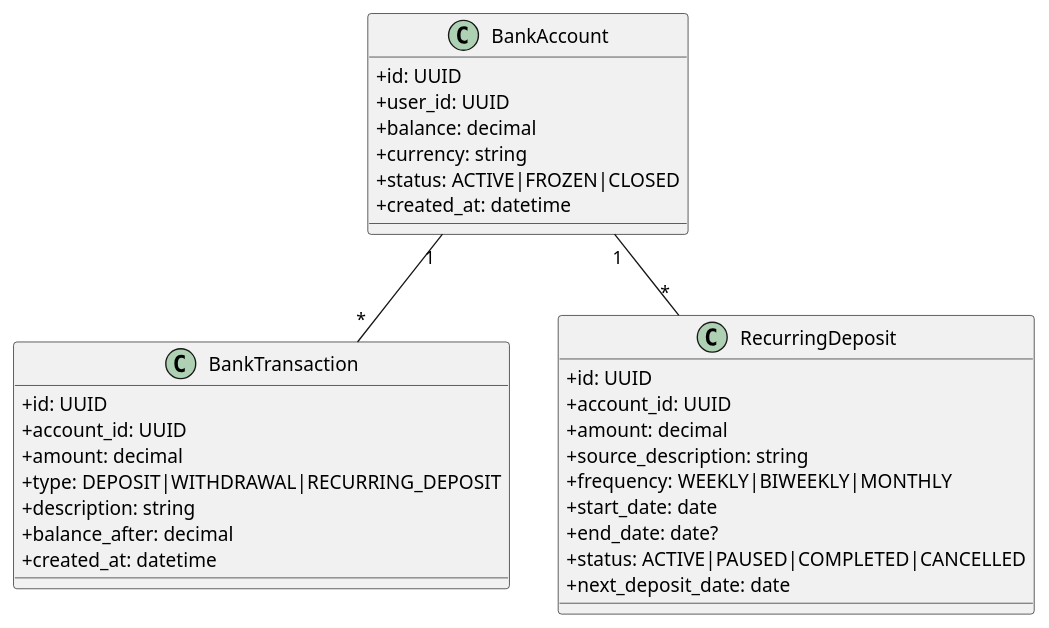
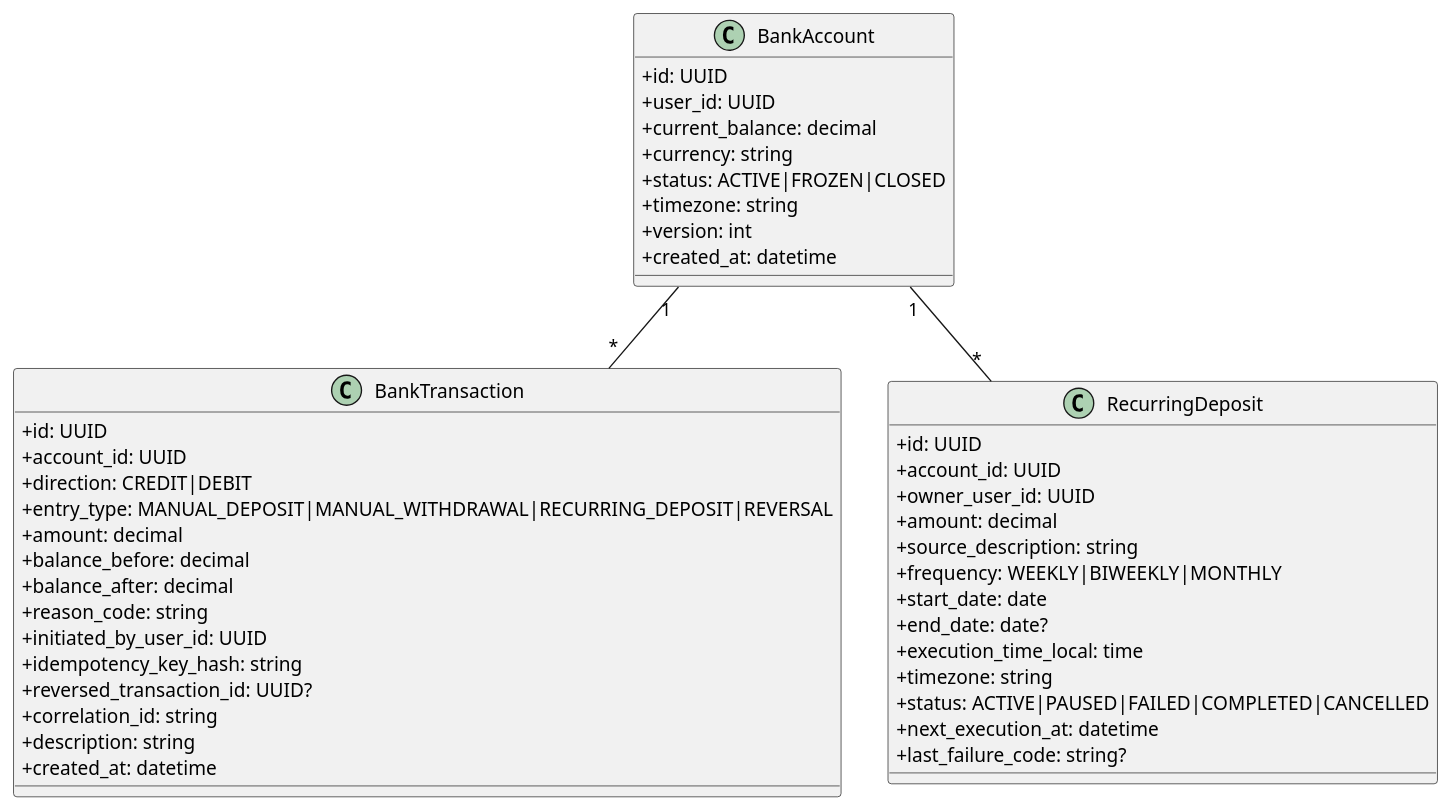
The diagram in docs/detailed-designs/diagrams/plantuml/class_bank_account.puml (QuinntyneBrown/LendQ), drawn with PlantUML before and after one commit. The commit also changed 16 other files, not shown here.

```diff
--- a/docs/detailed-designs/diagrams/plantuml/class_bank_account.puml
+++ b/docs/detailed-designs/diagrams/plantuml/class_bank_account.puml
@@ -1,33 +1,46 @@
 @startuml
 skinparam classAttributeIconSize 0
 class BankAccount {
   +id: UUID
   +user_id: UUID
-  +balance: decimal
+  +current_balance: decimal
   +currency: string
   +status: ACTIVE|FROZEN|CLOSED
+  +timezone: string
+  +version: int
   +created_at: datetime
 }
 class BankTransaction {
   +id: UUID
   +account_id: UUID
+  +direction: CREDIT|DEBIT
+  +entry_type: MANUAL_DEPOSIT|MANUAL_WITHDRAWAL|RECURRING_DEPOSIT|REVERSAL
   +amount: decimal
-  +type: DEPOSIT|WITHDRAWAL|RECURRING_DEPOSIT
+  +balance_before: decimal
+  +balance_after: decimal
+  +reason_code: string
+  +initiated_by_user_id: UUID
+  +idempotency_key_hash: string
+  +reversed_transaction_id: UUID?
+  +correlation_id: string
   +description: string
-  +balance_after: decimal
   +created_at: datetime
 }
 class RecurringDeposit {
   +id: UUID
   +account_id: UUID
+  +owner_user_id: UUID
   +amount: decimal
   +source_description: string
   +frequency: WEEKLY|BIWEEKLY|MONTHLY
   +start_date: date
   +end_date: date?
-  +status: ACTIVE|PAUSED|COMPLETED|CANCELLED
-  +next_deposit_date: date
+  +execution_time_local: time
+  +timezone: string
+  +status: ACTIVE|PAUSED|FAILED|COMPLETED|CANCELLED
+  +next_execution_at: datetime
+  +last_failure_code: string?
 }
 BankAccount "1" -- "*" BankTransaction
 BankAccount "1" -- "*" RecurringDeposit
 @enduml
```
